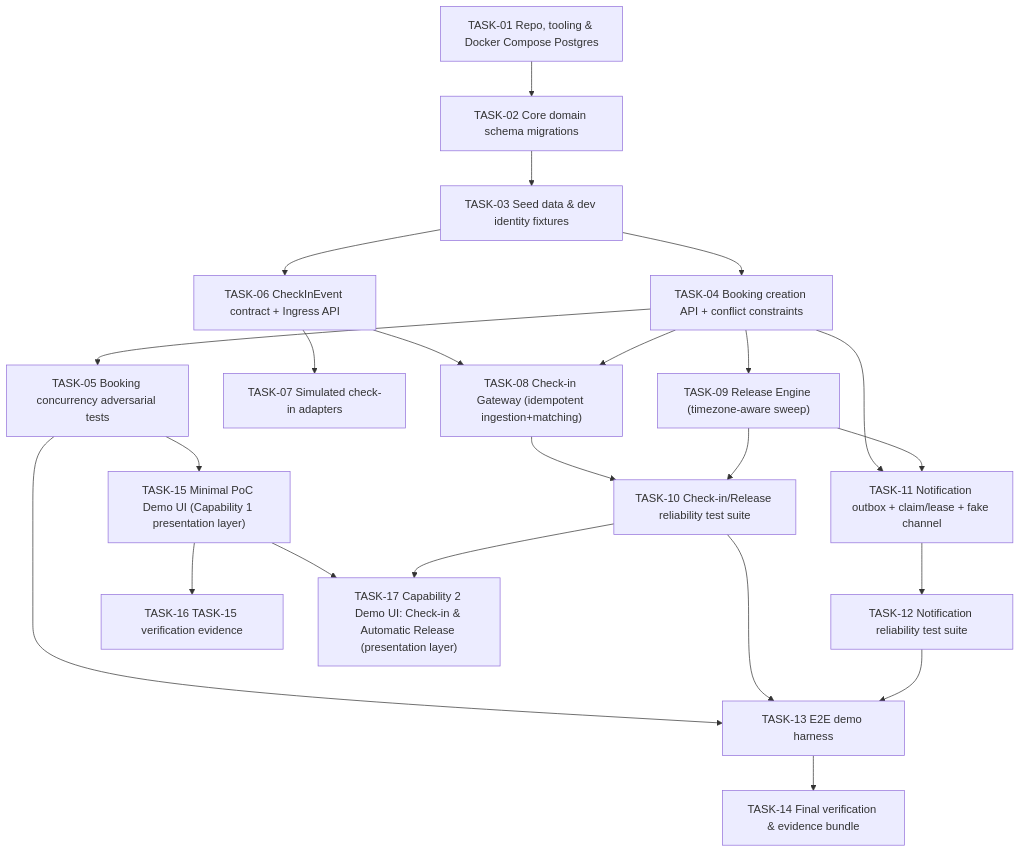
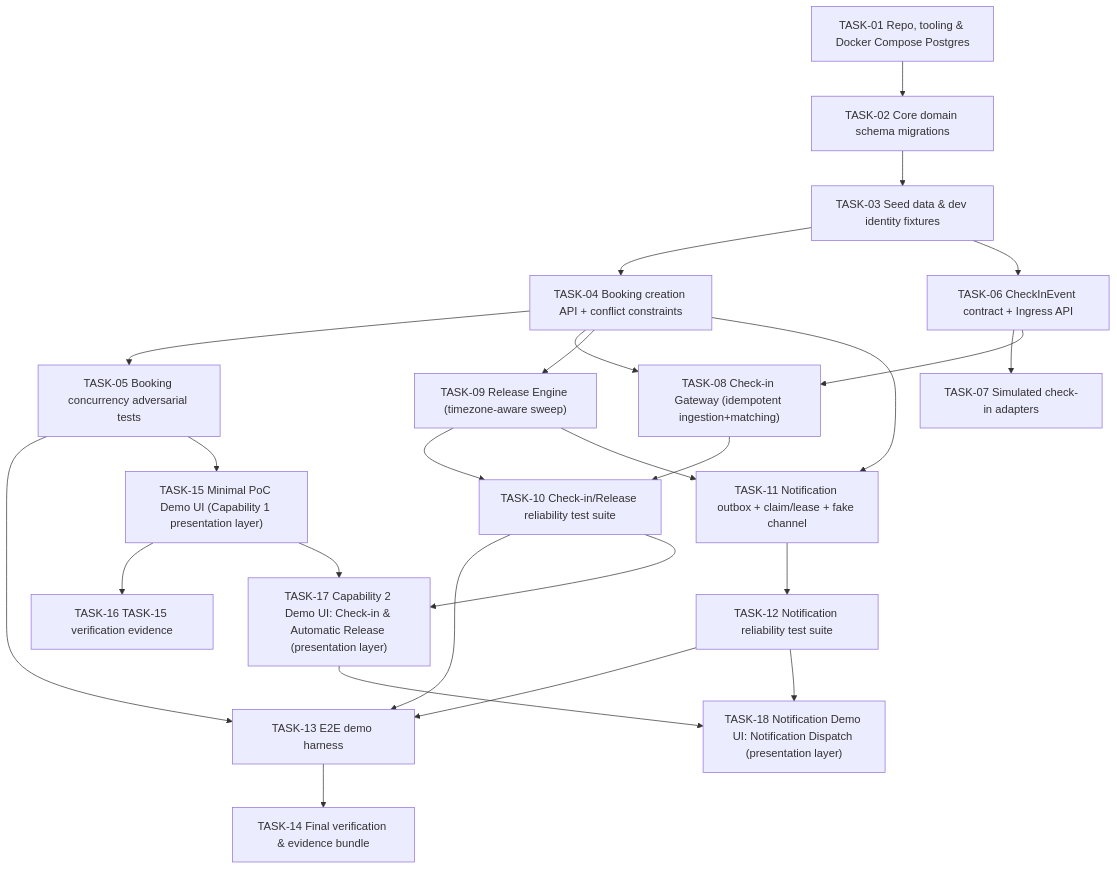
Before and after one commit to ailic12/siliconskunk: the diagram in planning/poc-implementation-plan.md, drawn with Mermaid. The commit also changed other lines of this file and 1 other file, not shown here.

Commit message:
Adding task 18, notification ui

````diff
--- a/planning/poc-implementation-plan.md
+++ b/planning/poc-implementation-plan.md
@@ -82,39 +85,42 @@
 ```mermaid
 flowchart TD
     T01["TASK-01 Repo, tooling & Docker Compose Postgres"]
     T02["TASK-02 Core domain schema migrations"]
     T03["TASK-03 Seed data & dev identity fixtures"]
     T04["TASK-04 Booking creation API + conflict constraints"]
     T05["TASK-05 Booking concurrency adversarial tests"]
     T06["TASK-06 CheckInEvent contract + Ingress API"]
     T07["TASK-07 Simulated check-in adapters"]
     T08["TASK-08 Check-in Gateway (idempotent ingestion+matching)"]
     T09["TASK-09 Release Engine (timezone-aware sweep)"]
     T10["TASK-10 Check-in/Release reliability test suite"]
     T11["TASK-11 Notification outbox + claim/lease + fake channel"]
     T12["TASK-12 Notification reliability test suite"]
     T13["TASK-13 E2E demo harness"]
     T14["TASK-14 Final verification & evidence bundle"]
     T15["TASK-15 Minimal PoC Demo UI (Capability 1 presentation layer)"]
     T16["TASK-16 TASK-15 verification evidence"]
     T17["TASK-17 Capability 2 Demo UI: Check-in & Automatic Release (presentation layer)"]
+    T18["TASK-18 Notification Demo UI: Notification Dispatch (presentation layer)"]
 
     T01 --> T02 --> T03
     T03 --> T04 --> T05
     T03 --> T06 --> T07
     T06 --> T08
     T04 --> T08
     T04 --> T09
     T08 --> T10
     T09 --> T10
     T04 --> T11
     T09 --> T11
     T11 --> T12
     T05 --> T13
     T10 --> T13
     T12 --> T13
     T13 --> T14
     T05 --> T15 --> T16
     T15 --> T17
     T10 --> T17
+    T17 --> T18
+    T12 --> T18
 ```
````
